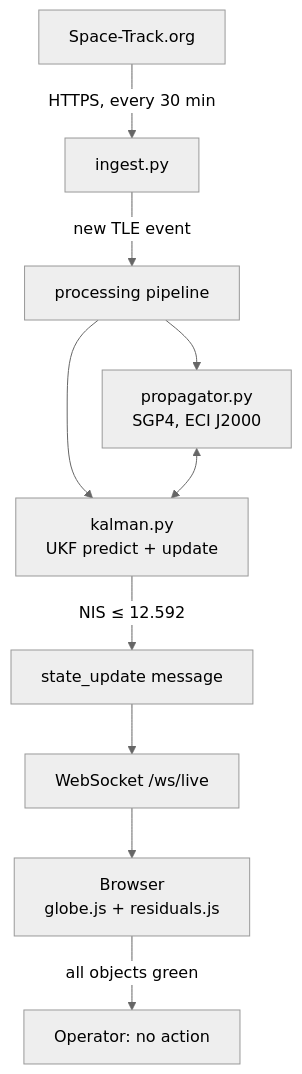
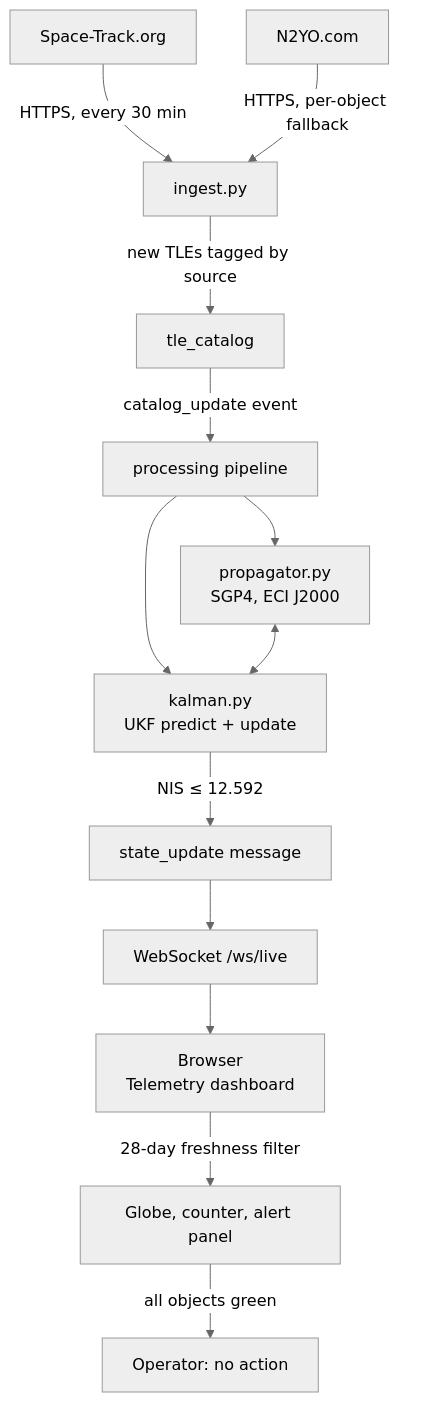
The first of 2 diagrams in docs/reference/conops.md (beamwarden/n-body), drawn with Mermaid (neutral theme) before and after one commit. The commit also changed other lines of this file and 25 other files, not shown here.

````diff
--- a/docs/reference/conops.md
+++ b/docs/reference/conops.md
@@ -85,12 +131,15 @@
 ```mermaid
 flowchart TD
     A[Space-Track.org] -->|HTTPS, every 30 min| B[ingest.py]
-    B -->|new TLE event| C[processing pipeline]
-    C --> D[propagator.py\nSGP4, ECI J2000]
-    C --> E[kalman.py\nUKF predict + update]
-    D <--> E
-    E -->|NIS ≤ 12.592| F[state_update message]
-    F --> G[WebSocket /ws/live]
-    G --> H[Browser\nglobe.js + residuals.js]
-    H -->|all objects green| I[Operator: no action]
+    A2[N2YO.com] -->|HTTPS, per-object fallback| B
+    B -->|new TLEs tagged by source| C[tle_catalog]
+    C -->|catalog_update event| D[processing pipeline]
+    D --> E[propagator.py\nSGP4, ECI J2000]
+    D --> F[kalman.py\nUKF predict + update]
+    E <--> F
+    F -->|NIS ≤ 12.592| G[state_update message]
+    G --> H[WebSocket /ws/live]
+    H --> I[Browser\nTelemetry dashboard]
+    I -->|28-day freshness filter| J[Globe, counter, alert panel]
+    J -->|all objects green| K[Operator: no action]
 ```
````
